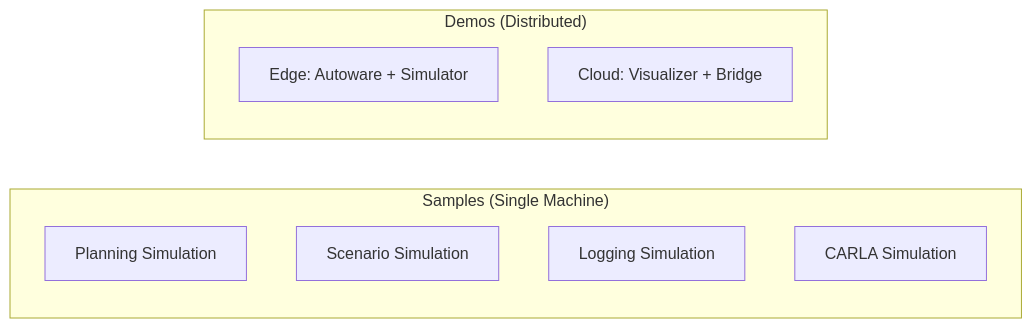
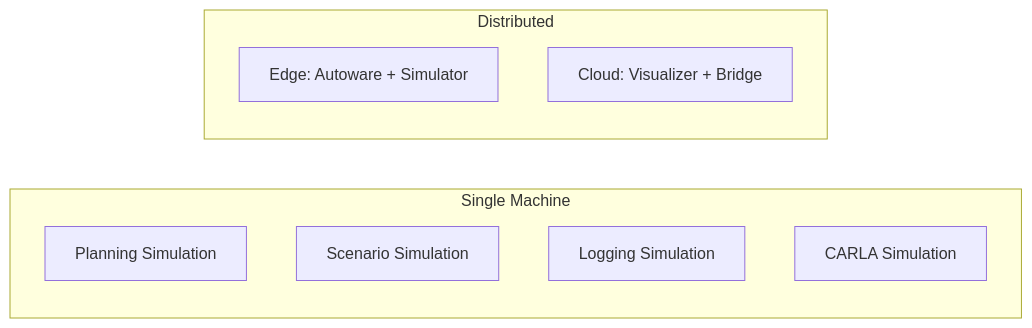
One commit to autowarefoundation/openadkit changed the diagram in docs/deployment/index.md. Above: the diagram before and after it, drawn with Mermaid. The commit also changed other lines of this file and 64 other files, not shown here.

First line of the commit message:
refactor(deployments): flatten samples/ and demos/ into flat deployments/ hierarchy

````diff
--- a/docs/deployment/index.md
+++ b/docs/deployment/index.md
@@ -50,14 +82,14 @@
 ```mermaid
 graph LR
-    subgraph Samples["Samples (Single Machine)"]
+    subgraph Single["Single Machine"]
         S1[Planning Simulation]
         S2[Scenario Simulation]
         S3[Logging Simulation]
         S4[CARLA Simulation]
     end
 
-    subgraph Demos["Demos (Distributed)"]
+    subgraph Distributed["Distributed"]
         D1[Edge: Autoware + Simulator]
         D2[Cloud: Visualizer + Bridge]
     end
 ```
````
